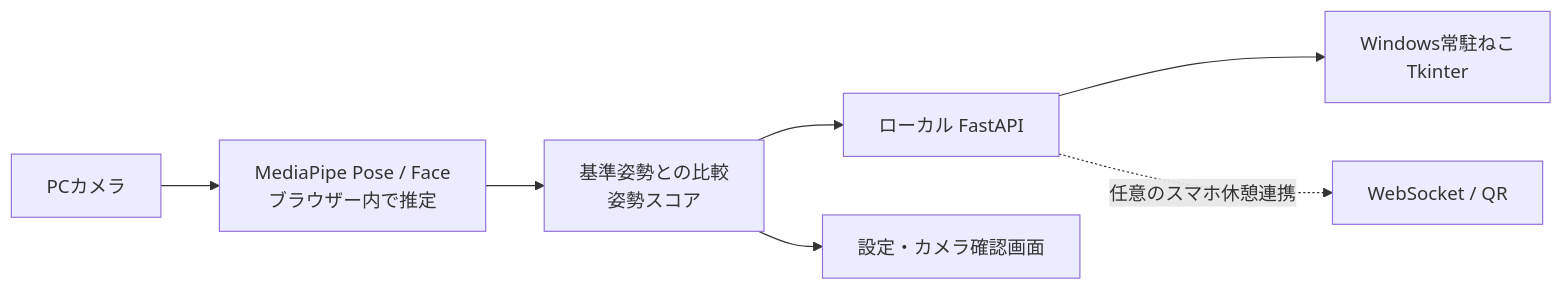
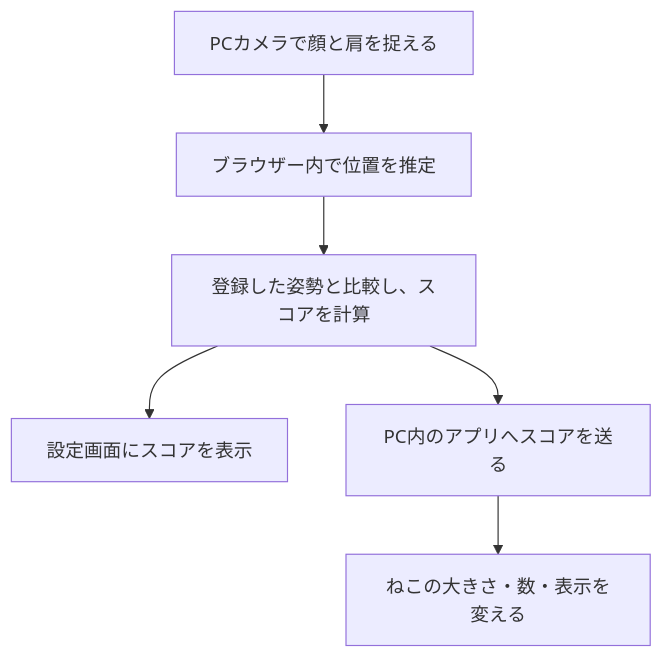
Before and after one commit to jphacks/kz_2615: the diagram in README.md, drawn with Mermaid. The commit also changed other lines of this file, not shown here.

````diff
--- a/README.md
+++ b/README.md
@@ -62,9 +72,8 @@
 ```mermaid
-flowchart LR
-    A[PCカメラ] --> B[MediaPipe Pose / Face\nブラウザー内で推定]
-    B --> C[基準姿勢との比較\n姿勢スコア]
-    C --> D[ローカル FastAPI]
-    D --> E[Windows常駐ねこ\nTkinter]
-    C --> F[設定・カメラ確認画面]
-    D -. 任意のスマホ休憩連携 .-> G[WebSocket / QR]
+flowchart TD
+    A["PCカメラで顔と肩を捉える"] --> B["ブラウザー内で位置を推定"]
+    B --> C["登録した姿勢と比較し、スコアを計算"]
+    C --> D["設定画面にスコアを表示"]
+    C --> E["PC内のアプリへスコアを送る"]
+    E --> F["ねこの大きさ・数・表示を変える"]
 ```
````
